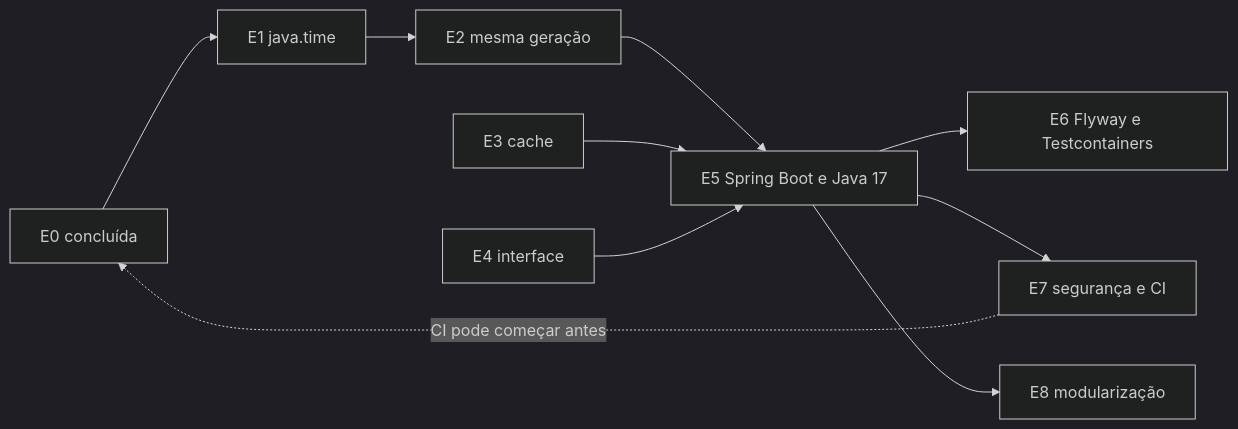
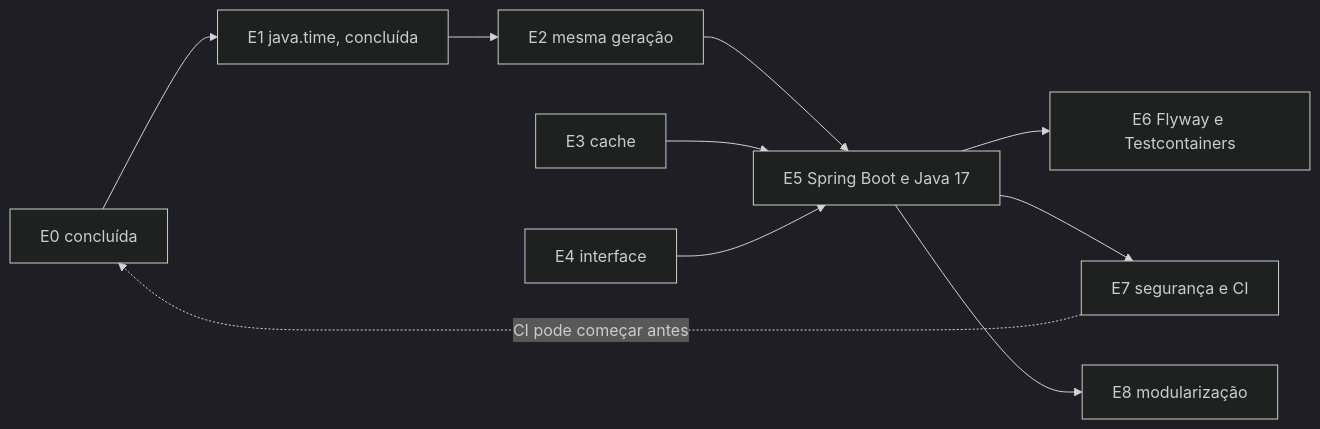
Before and after one commit to maiatechdev/petclinic: the diagram in docs/plano-atualizacao.md, drawn with Mermaid (dark theme). The commit also changed other lines of this file, not shown here.

````diff
--- a/docs/plano-atualizacao.md
+++ b/docs/plano-atualizacao.md
@@ -130,12 +134,12 @@
 ```mermaid
 flowchart LR
-    E0[E0 concluída] --> E1[E1 java.time]
+    E0[E0 concluída] --> E1[E1 java.time, concluída]
     E1 --> E2[E2 mesma geração]
     E2 --> E5[E5 Spring Boot e Java 17]
     E3[E3 cache] --> E5
     E4[E4 interface] --> E5
     E5 --> E6[E6 Flyway e Testcontainers]
     E5 --> E7[E7 segurança e CI]
     E5 --> E8[E8 modularização]
     E7 -. CI pode começar antes .-> E0
 ```
````
